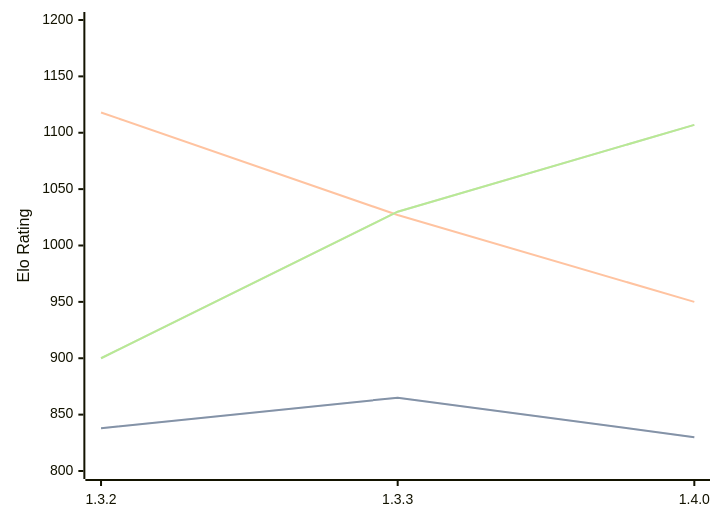
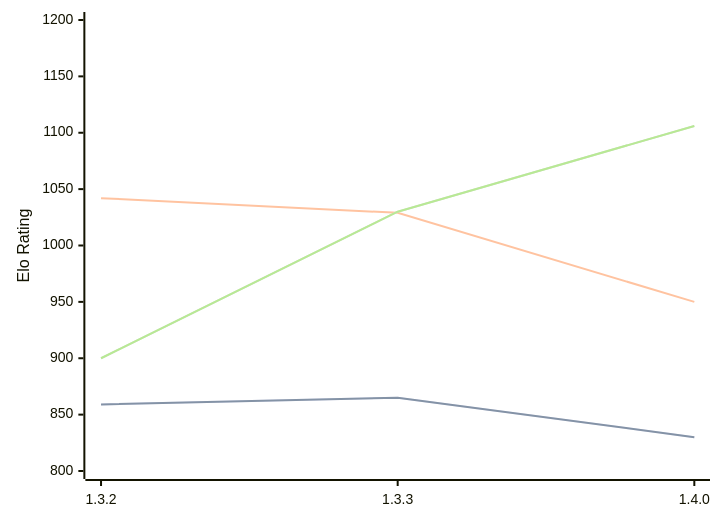
Before and after one commit to computer-chess-index/cci: the diagram in engines/Whitespine.md, drawn with Mermaid. The commit also changed other lines of this file, not shown here.

Commit message:
Update CCI Ratings (ELO VLTC) - 2026-04-29

````diff
--- a/engines/Whitespine.md
+++ b/engines/Whitespine.md
@@ -36,11 +36,11 @@
 ```mermaid
 %%{init: {"theme":"base","themeVariables":{"seriesColors:['#a3a3a3','#222221','#faa371']}}}%%
 xychart-beta
   x-axis ["1.3.2", "1.3.3", "1.4.0"]
   y-axis "Elo Rating" 800 --> 1200
-  line "STC (8.0+0.08s)" [838, 865, 830]
-  line "STC (8.0+0.08s)" [838, 865, 830]
-  line "LTC (60.0+0.60s)" [1118, 1027, 950]
-  line "VLTC (2m24s+1.12s)" [900, 1030, 1107]
-  line "VLTC (2m24s+1.12s)" [900, 1030, 1107]
+  line "STC (8.0+0.08s)" [859, 865, 830]
+  line "STC (8.0+0.08s)" [859, 865, 830]
+  line "LTC (60.0+0.60s)" [1042, 1029, 950]
+  line "VLTC (2m24s+1.12s)" [900, 1030, 1106]
+  line "VLTC (2m24s+1.12s)" [900, 1030, 1106]
 ```
````
